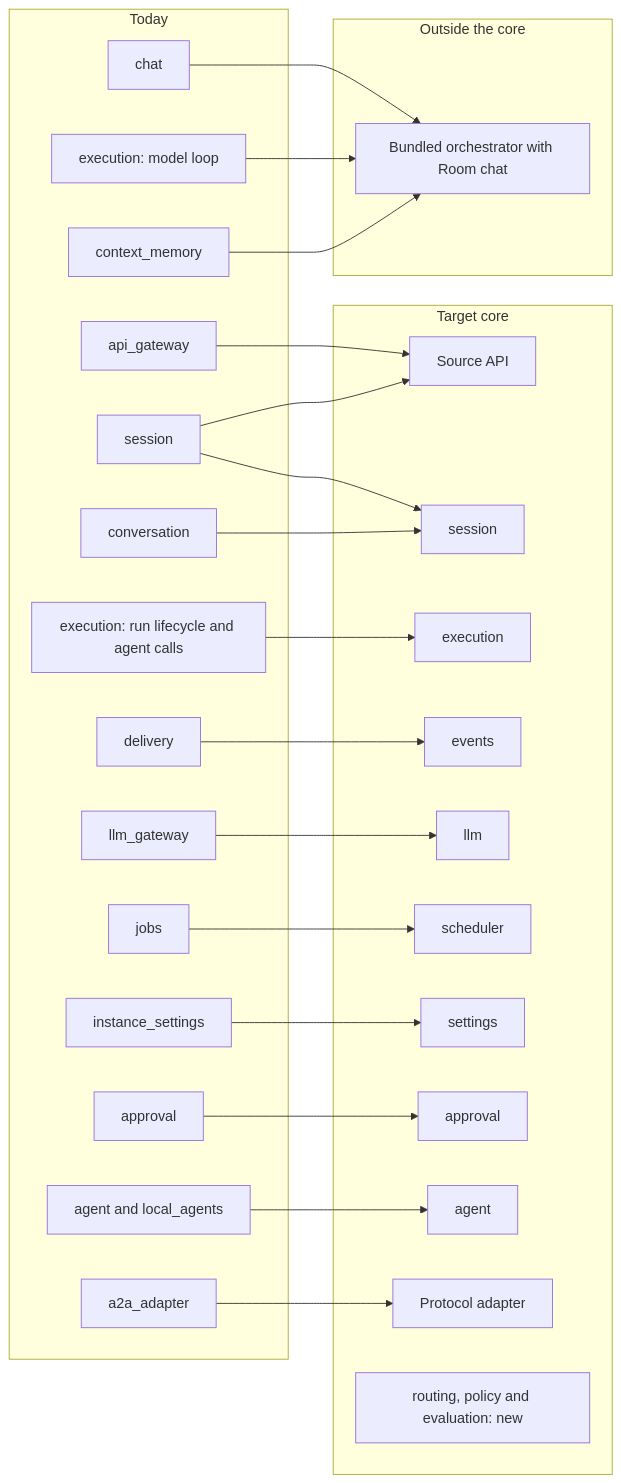
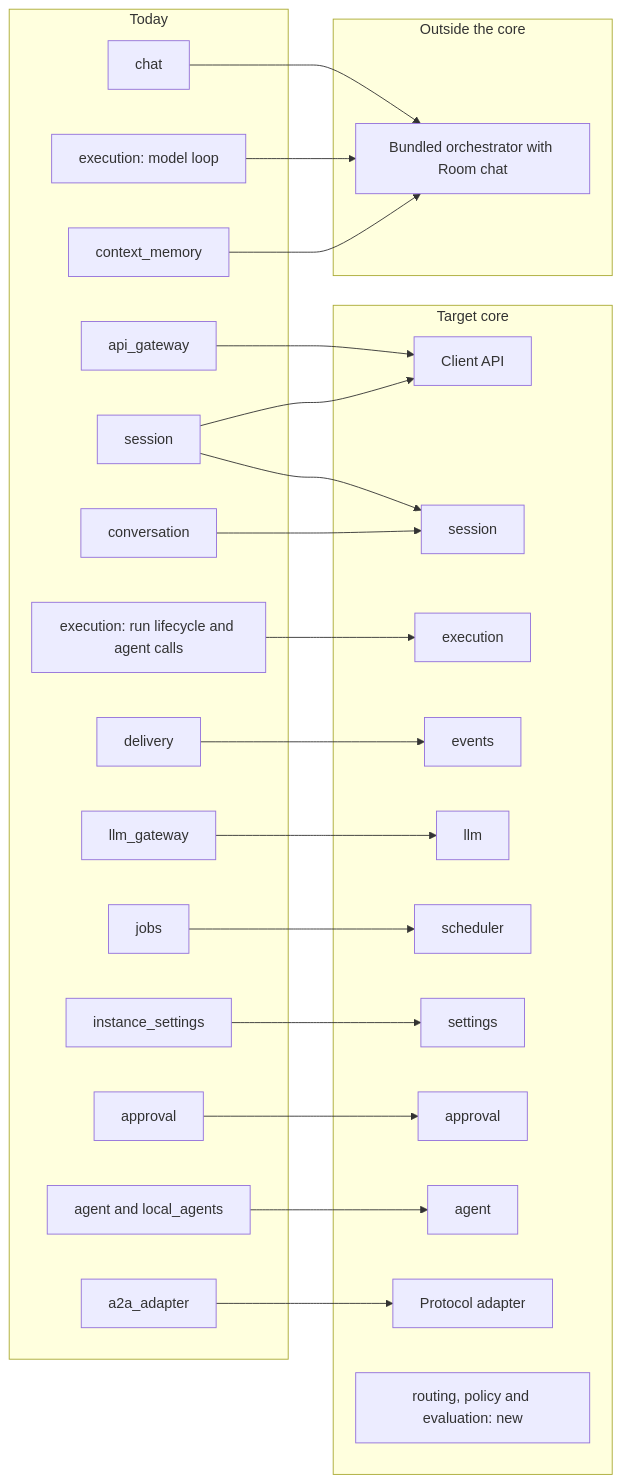
The third of 3 diagrams in docs/design.md (hybroai/hybro), drawn with Mermaid before and after one commit. The commit also changed other lines of this file and 91 other files, not shown here.

First line of the commit message:
refactor!: rename the concept Source to Client in the contract and documents

````diff
--- a/docs/design.md
+++ b/docs/design.md
@@ -650,53 +655,53 @@
 ```mermaid
 flowchart LR
     subgraph today["Today"]
         t_api["api_gateway"]
         t_session["session"]
         t_conv["conversation"]
         t_run["execution: run lifecycle and agent calls"]
         t_delivery["delivery"]
         t_llm["llm_gateway"]
         t_jobs["jobs"]
         t_settings["instance_settings"]
         t_approval["approval"]
         t_agent["agent and local_agents"]
         t_a2a["a2a_adapter"]
         t_chat["chat"]
         t_loop["execution: model loop"]
         t_ctx["context_memory"]
     end
 
     subgraph target["Target core"]
-        n_api["Source API"]
+        n_api["Client API"]
         n_session["session"]
         n_exec["execution"]
         n_events["events"]
         n_llm["llm"]
         n_sched["scheduler"]
         n_settings["settings"]
         n_approval["approval"]
         n_agent["agent"]
         n_adapter["Protocol adapter"]
         n_new["routing, policy and evaluation: new"]
     end
 
     subgraph outside["Outside the core"]
         o_orch["Bundled orchestrator with Room chat"]
     end
 
     t_api --> n_api
     t_session --> n_api
     t_session --> n_session
     t_conv --> n_session
     t_run --> n_exec
     t_delivery --> n_events
     t_llm --> n_llm
     t_jobs --> n_sched
     t_settings --> n_settings
     t_approval --> n_approval
     t_agent --> n_agent
     t_a2a --> n_adapter
     t_chat --> o_orch
     t_loop --> o_orch
     t_ctx --> o_orch
 ```
````
